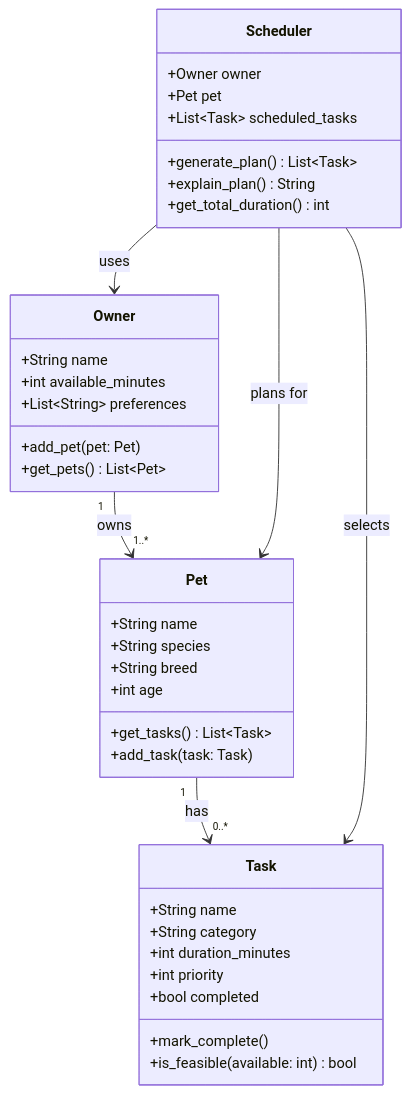
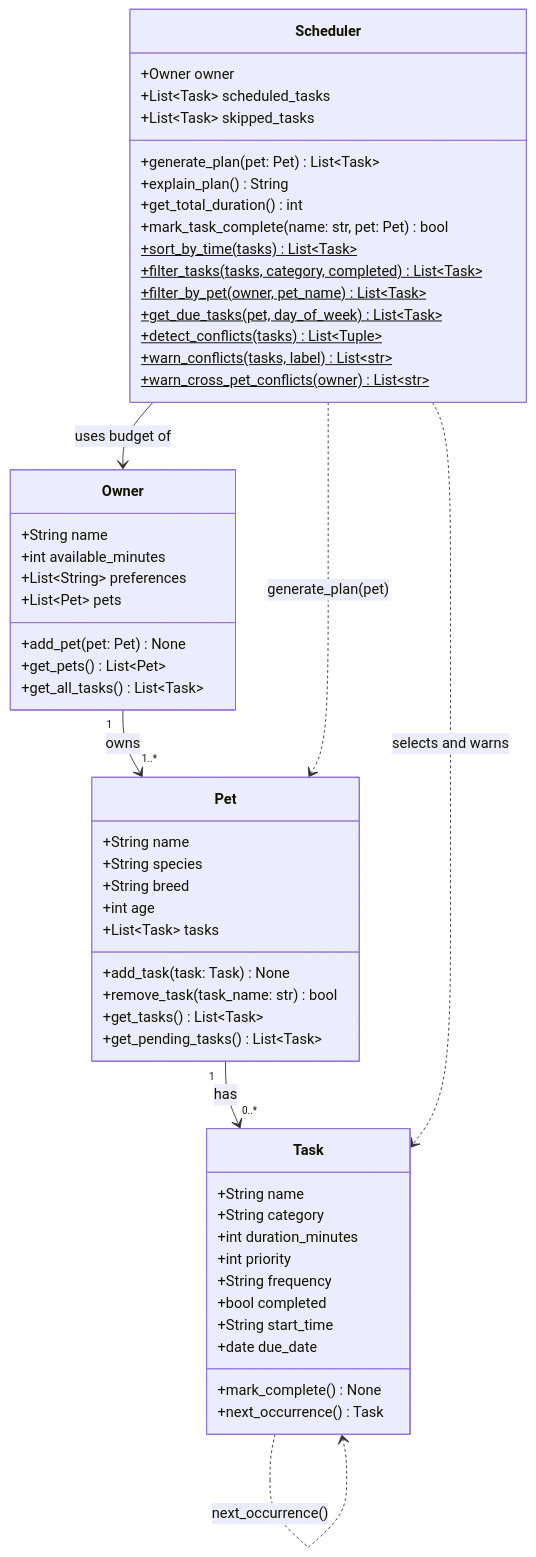
Before and after one commit to Prettynim/ai110-module2show-pawpal-starter: the diagram in reflection.md, drawn with Mermaid. The commit also changed 3 other files, not shown here.

First line of the commit message:
docs: update UML to final implementation and polish Streamlit UI

````diff
--- a/reflection.md
+++ b/reflection.md
@@ -17,44 +17,61 @@
 ```mermaid
 classDiagram
-    class Owner {
+    class Task {
         +String name
-        +int available_minutes
-        +List~String~ preferences
-        +add_pet(pet: Pet)
-        +get_pets() List~Pet~
+        +String category
+        +int duration_minutes
+        +int priority
+        +String frequency
+        +bool completed
+        +String start_time
+        +date due_date
+        +mark_complete() None
+        +next_occurrence() Task
     }
 
     class Pet {
         +String name
         +String species
         +String breed
         +int age
+        +List~Task~ tasks
+        +add_task(task: Task) None
+        +remove_task(task_name: str) bool
         +get_tasks() List~Task~
-        +add_task(task: Task)
+        +get_pending_tasks() List~Task~
     }
 
-    class Task {
+    class Owner {
         +String name
-        +String category
-        +int duration_minutes
-        +int priority
-        +bool completed
-        +mark_complete()
-        +is_feasible(available: int) bool
+        +int available_minutes
+        +List~String~ preferences
+        +List~Pet~ pets
+        +add_pet(pet: Pet) None
+        +get_pets() List~Pet~
+        +get_all_tasks() List~Task~
     }
 
     class Scheduler {
         +Owner owner
-        +Pet pet
         +List~Task~ scheduled_tasks
-        +generate_plan() List~Task~
+        +List~Task~ skipped_tasks
+        +generate_plan(pet: Pet) List~Task~
         +explain_plan() String
         +get_total_duration() int
+        +mark_task_complete(name: str, pet: Pet) bool
+        +sort_by_time(tasks)$ List~Task~
+        +filter_tasks(tasks, category, completed)$ List~Task~
+        +filter_by_pet(owner, pet_name)$ List~Task~
+        +get_due_tasks(pet, day_of_week)$ List~Task~
+        +detect_conflicts(tasks)$ List~Tuple~
+        +warn_conflicts(tasks, label)$ List~str~
+        +warn_cross_pet_conflicts(owner)$ List~str~
     }
 
     Owner "1" --> "1..*" Pet : owns
     Pet "1" --> "0..*" Task : has
-    Scheduler --> Owner : uses
-    Scheduler --> Pet : plans for
-    Scheduler --> Task : selects
+    Task ..> Task : next_occurrence()
+    Scheduler --> Owner : uses budget of
+    Scheduler ..> Pet : generate_plan(pet)
+    Scheduler ..> Task : selects and warns
 ```
````
